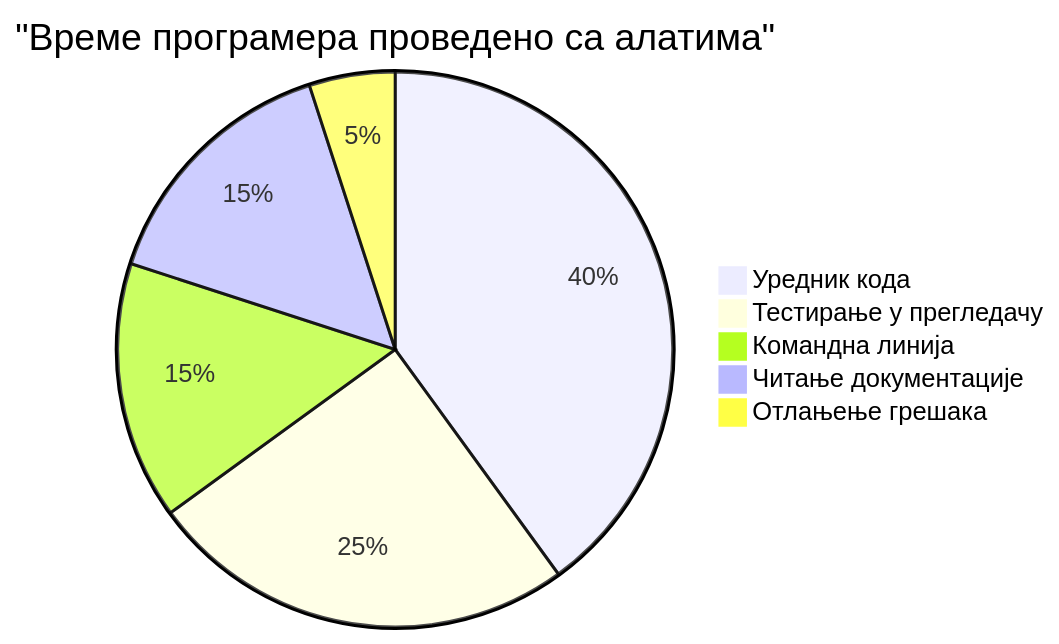
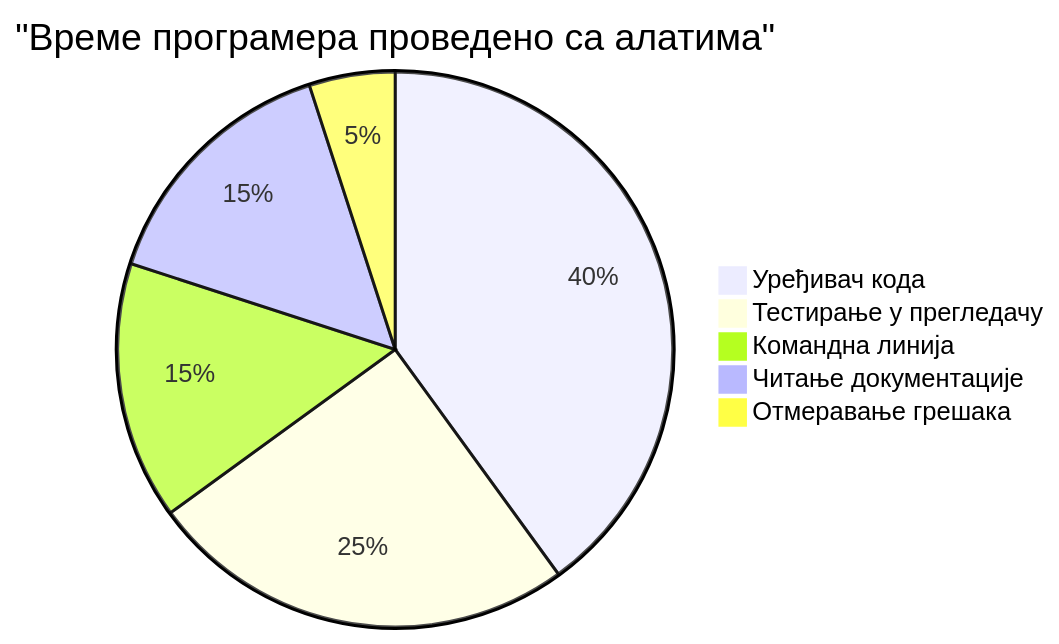
Before and after one commit to microsoft/Web-Dev-For-Beginners: the sixth of 7 diagrams in translations/sr/1-getting-started-lessons/1-intro-to-programming-languages/README.md, drawn with Mermaid. The commit also changed other lines of this file and 8 other files, not shown here.

````diff
--- a/translations/sr/1-getting-started-lessons/1-intro-to-programming-languages/README.md
+++ b/translations/sr/1-getting-started-lessons/1-intro-to-programming-languages/README.md
@@ -713,8 +713,8 @@
 ```mermaid
 pie title "Време програмера проведено са алатима"
-    "Уредник кода" : 40
+    "Уређивач кода" : 40
     "Тестирање у прегледачу" : 25
     "Командна линија" : 15
     "Читање документације" : 15
-    "Отлањење грешака" : 5
+    "Отмеравање грешака" : 5
 ```
````
